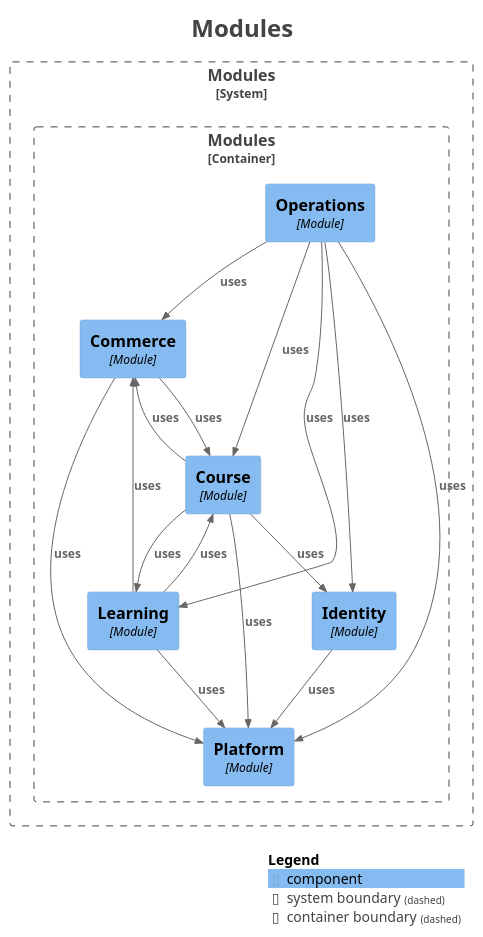
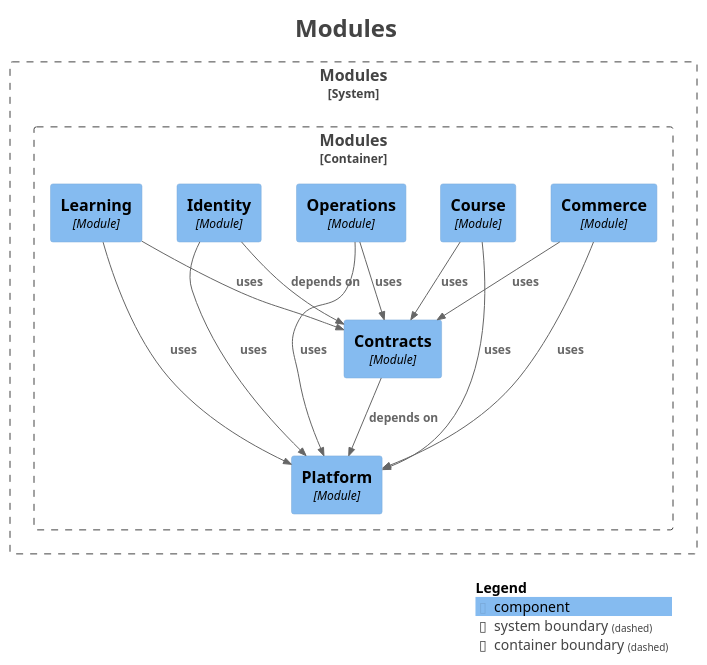
Before and after one commit to thereYany/btry: the diagram in docs/generated/modulith/components.puml, drawn with PlantUML. The commit also changed 91 other files, not shown here.

First line of the commit message:
feat(p4-2): 抽取 contracts 契约模块，模块图清零循环

```diff
--- a/docs/generated/modulith/components.puml
+++ b/docs/generated/modulith/components.puml
@@ -1,48 +1,45 @@
 @startuml
 title <size:24>Modules</size>
 
 set separator none
 top to bottom direction
 
 <style>
   root {
     BackgroundColor: #ffffff
     FontColor: #444444
   }
 </style>
 
 !include <C4/C4>
 !include <C4/C4_Context>
 !include <C4/C4_Component>
 
 System_Boundary("Modules_boundary", "Modules", $tags="") {
   Container_Boundary("Modules.Modules_boundary", "Modules", $tags="") {
+    Component(Modules.Modules.Platform, "Platform", $techn="Module", $descr="", $tags="", $link="")
+    Component(Modules.Modules.Contracts, "Contracts", $techn="Module", $descr="", $tags="", $link="")
     Component(Modules.Modules.Commerce, "Commerce", $techn="Module", $descr="", $tags="", $link="")
     Component(Modules.Modules.Course, "Course", $techn="Module", $descr="", $tags="", $link="")
     Component(Modules.Modules.Identity, "Identity", $techn="Module", $descr="", $tags="", $link="")
     Component(Modules.Modules.Learning, "Learning", $techn="Module", $descr="", $tags="", $link="")
     Component(Modules.Modules.Operations, "Operations", $techn="Module", $descr="", $tags="", $link="")
-    Component(Modules.Modules.Platform, "Platform", $techn="Module", $descr="", $tags="", $link="")
   }
 
 }
 
-Rel(Modules.Modules.Learning, Modules.Modules.Course, "uses", $techn="", $tags="", $link="")
-Rel(Modules.Modules.Learning, Modules.Modules.Commerce, "uses", $techn="", $tags="", $link="")
+Rel(Modules.Modules.Identity, Modules.Modules.Contracts, "depends on", $techn="", $tags="", $link="")
+Rel(Modules.Modules.Identity, Modules.Modules.Platform, "uses", $techn="", $tags="", $link="")
+Rel(Modules.Modules.Contracts, Modules.Modules.Platform, "depends on", $techn="", $tags="", $link="")
+Rel(Modules.Modules.Course, Modules.Modules.Contracts, "uses", $techn="", $tags="", $link="")
+Rel(Modules.Modules.Course, Modules.Modules.Platform, "uses", $techn="", $tags="", $link="")
+Rel(Modules.Modules.Operations, Modules.Modules.Contracts, "uses", $techn="", $tags="", $link="")
+Rel(Modules.Modules.Operations, Modules.Modules.Platform, "uses", $techn="", $tags="", $link="")
+Rel(Modules.Modules.Learning, Modules.Modules.Contracts, "uses", $techn="", $tags="", $link="")
 Rel(Modules.Modules.Learning, Modules.Modules.Platform, "uses", $techn="", $tags="", $link="")
-Rel(Modules.Modules.Course, Modules.Modules.Identity, "uses", $techn="", $tags="", $link="")
-Rel(Modules.Modules.Course, Modules.Modules.Commerce, "uses", $techn="", $tags="", $link="")
-Rel(Modules.Modules.Course, Modules.Modules.Learning, "uses", $techn="", $tags="", $link="")
-Rel(Modules.Modules.Course, Modules.Modules.Platform, "uses", $techn="", $tags="", $link="")
-Rel(Modules.Modules.Identity, Modules.Modules.Platform, "uses", $techn="", $tags="", $link="")
-Rel(Modules.Modules.Operations, Modules.Modules.Commerce, "uses", $techn="", $tags="", $link="")
-Rel(Modules.Modules.Operations, Modules.Modules.Identity, "uses", $techn="", $tags="", $link="")
-Rel(Modules.Modules.Operations, Modules.Modules.Course, "uses", $techn="", $tags="", $link="")
-Rel(Modules.Modules.Operations, Modules.Modules.Platform, "uses", $techn="", $tags="", $link="")
-Rel(Modules.Modules.Operations, Modules.Modules.Learning, "uses", $techn="", $tags="", $link="")
-Rel(Modules.Modules.Commerce, Modules.Modules.Course, "uses", $techn="", $tags="", $link="")
+Rel(Modules.Modules.Commerce, Modules.Modules.Contracts, "uses", $techn="", $tags="", $link="")
 Rel(Modules.Modules.Commerce, Modules.Modules.Platform, "uses", $techn="", $tags="", $link="")
 
 SHOW_LEGEND(true)
 hide stereotypes
 @enduml
```
